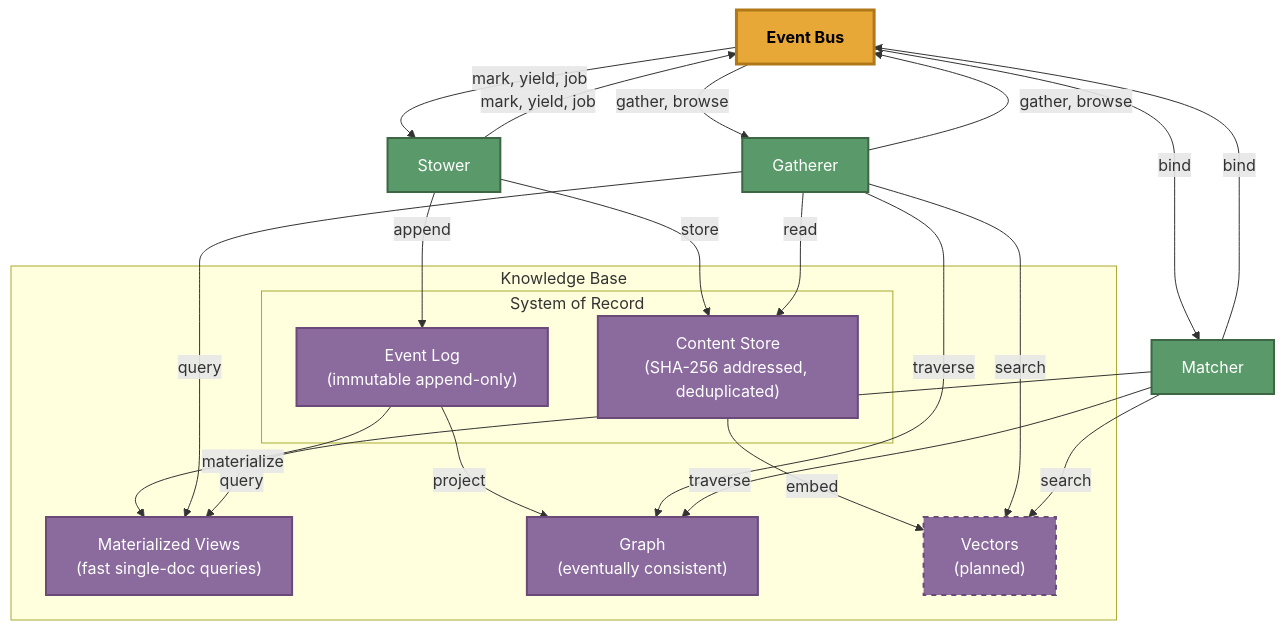
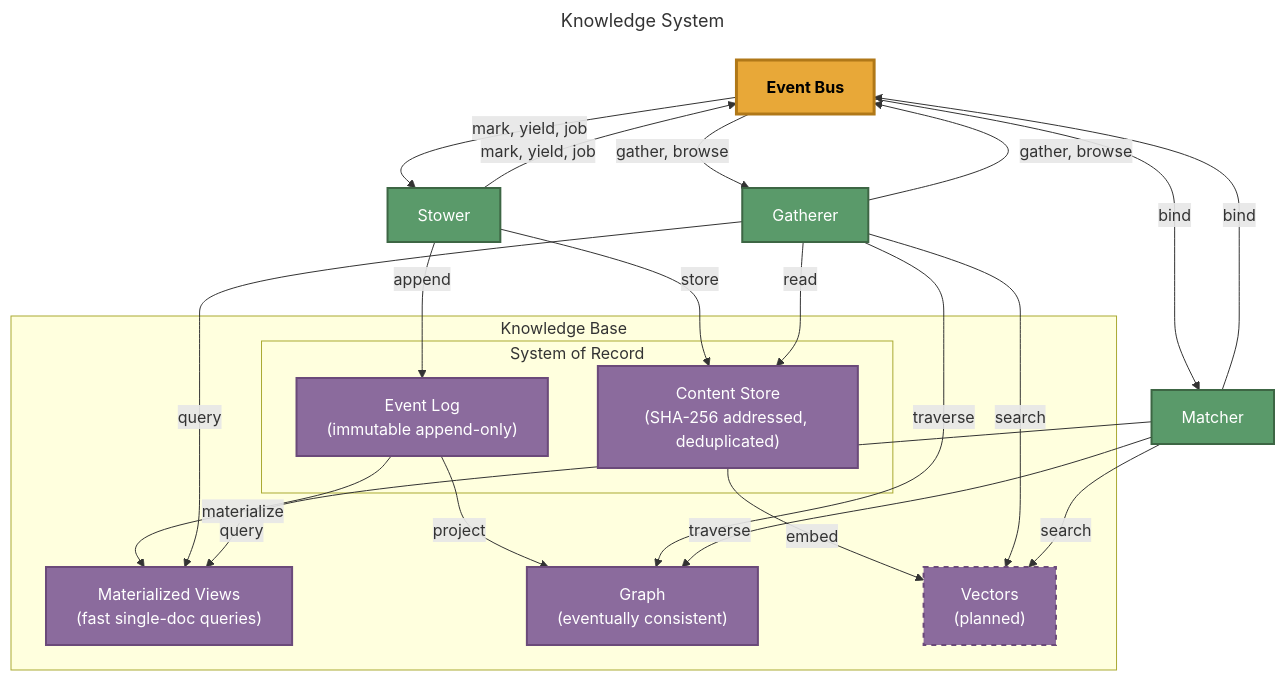
Before and after one commit to The-AI-Alliance/semiont: the third of 3 diagrams in docs/ARCHITECTURE.md, drawn with Mermaid. The commit also changed other lines of this file, not shown here.

Commit message:
update diagrams for Knowledge System

````diff
--- a/docs/ARCHITECTURE.md
+++ b/docs/ARCHITECTURE.md
@@ -114,48 +123,51 @@
 ```mermaid
+---
+title: Knowledge System
+---
 graph TB
     BUS["Event Bus"]
 
     BUS -->|"mark, yield, job"| STOWER["Stower"]
     BUS -->|"gather, browse"| GATHERER["Gatherer"]
     BUS -->|"bind"| MATCHER["Matcher"]
 
     STOWER -->|append| EVENTLOG
     STOWER -->|store| CONTENT
 
     subgraph kb ["Knowledge Base"]
         subgraph sor ["System of Record"]
             EVENTLOG["Event Log<br/>(immutable append-only)"]
             CONTENT["Content Store<br/>(SHA-256 addressed, deduplicated)"]
         end
         VIEWS["Materialized Views<br/>(fast single-doc queries)"]
         GRAPH["Graph<br/>(eventually consistent)"]
         VECTORS["Vectors<br/>(planned)"]
 
         EVENTLOG -->|materialize| VIEWS
         EVENTLOG -->|project| GRAPH
         CONTENT -->|embed| VECTORS
     end
 
     GATHERER -->|query| VIEWS
     GATHERER -->|read| CONTENT
     GATHERER -->|traverse| GRAPH
     GATHERER -->|search| VECTORS
 
     MATCHER -->|query| VIEWS
     MATCHER -->|traverse| GRAPH
     MATCHER -->|search| VECTORS
 
     STOWER -->|"mark, yield, job"| BUS
     GATHERER -->|"gather, browse"| BUS
     MATCHER -->|"bind"| BUS
 
     classDef bus fill:#e8a838,stroke:#b07818,stroke-width:3px,color:#000,font-weight:bold
     classDef store fill:#8b6b9d,stroke:#6b4a7a,stroke-width:2px,color:#fff
     classDef planned fill:#8b6b9d,stroke:#6b4a7a,stroke-width:2px,color:#fff,stroke-dasharray: 5 5
     classDef worker fill:#5a9a6a,stroke:#3d6644,stroke-width:2px,color:#fff
 
     class BUS bus
     class EVENTLOG,VIEWS,CONTENT,GRAPH store
     class VECTORS planned
     class STOWER,GATHERER,MATCHER worker
 ```
````
